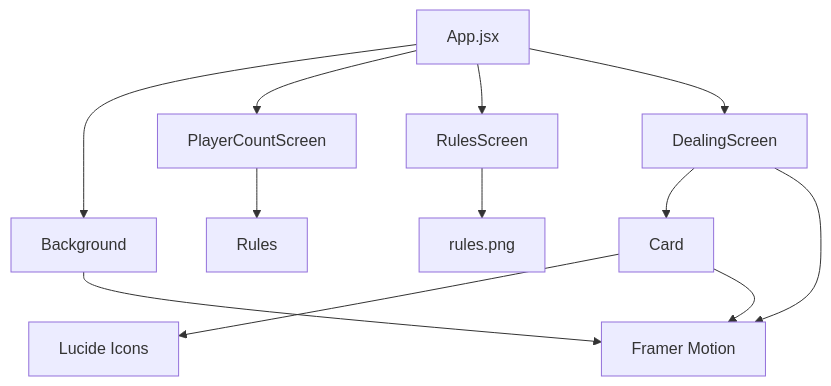
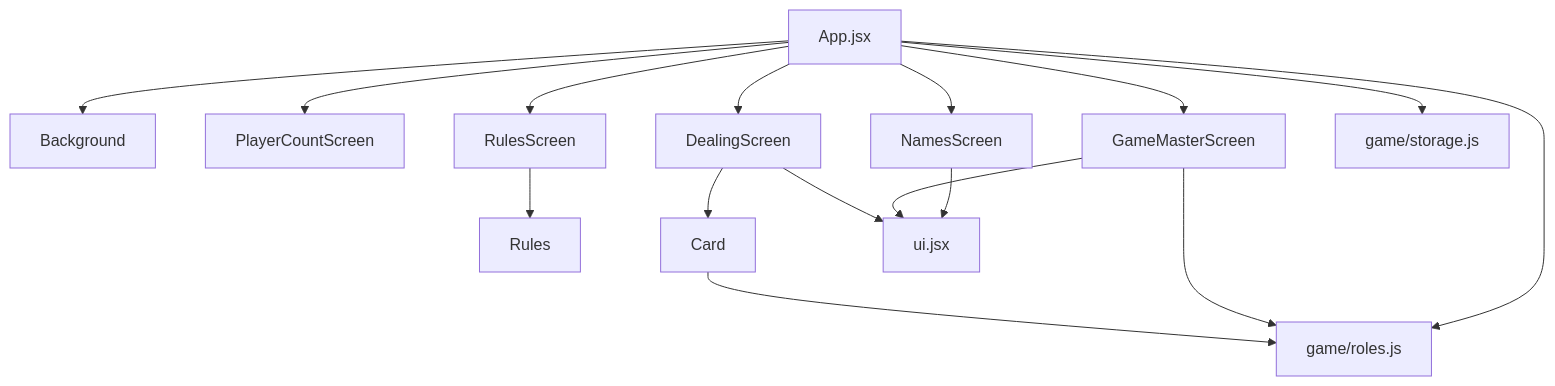
One commit to DhanushPrince/Mafia changed the fourth of 6 diagrams in diagram.md. Above: the diagram before and after it, drawn with Mermaid. The commit also changed other lines of this file and 21 other files, not shown here.

````diff
--- a/diagram.md
+++ b/diagram.md
@@ -128,15 +149,19 @@
 ```mermaid
 flowchart TD
     App[App.jsx]
     App --> Background
     App --> PlayerCountScreen
+    App --> NamesScreen
     App --> RulesScreen
     App --> DealingScreen
+    App --> GameMasterScreen
+    RulesScreen --> Rules
     DealingScreen --> Card
-    PlayerCountScreen --> Rules
-    RulesScreen --> rules.png
-    Card --> Lucide[Lucide Icons]
-    Card --> Framer[Framer Motion]
-    Background --> Framer
-    DealingScreen --> Framer
+    DealingScreen --> ui[ui.jsx]
+    GameMasterScreen --> ui
+    NamesScreen --> ui
+    Card --> roles[game/roles.js]
+    GameMasterScreen --> roles
+    App --> roles
+    App --> storage[game/storage.js]
 ```
````
